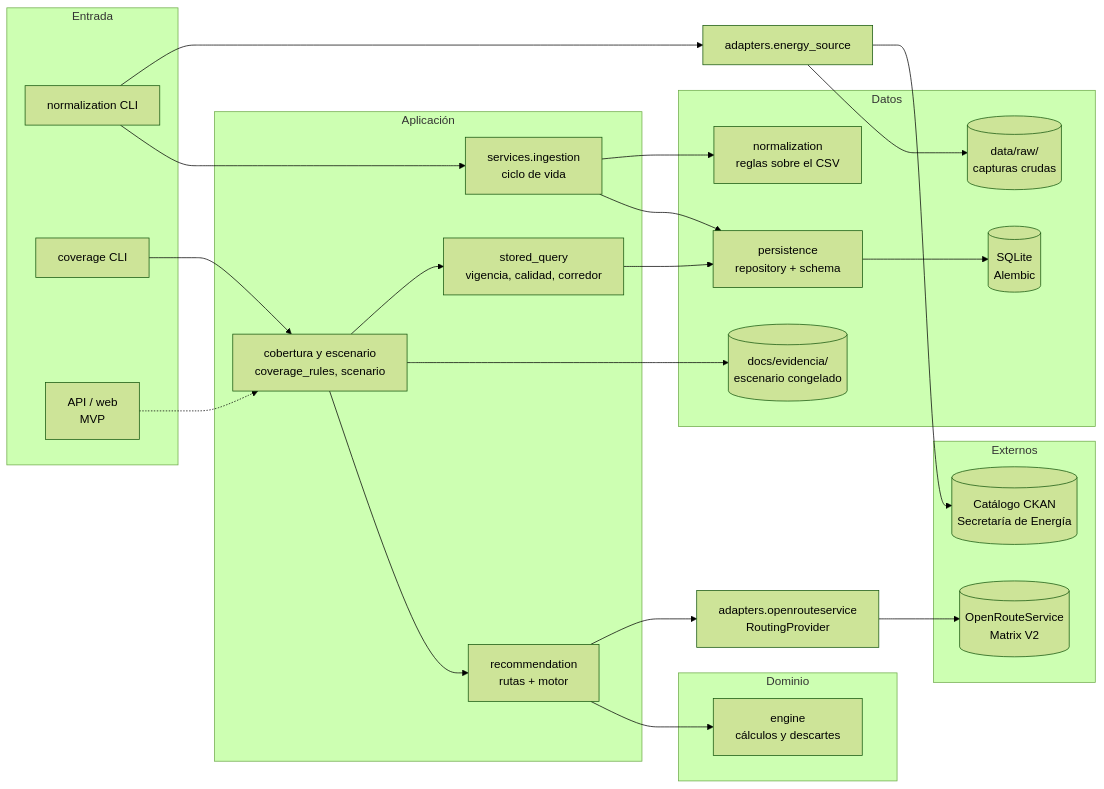
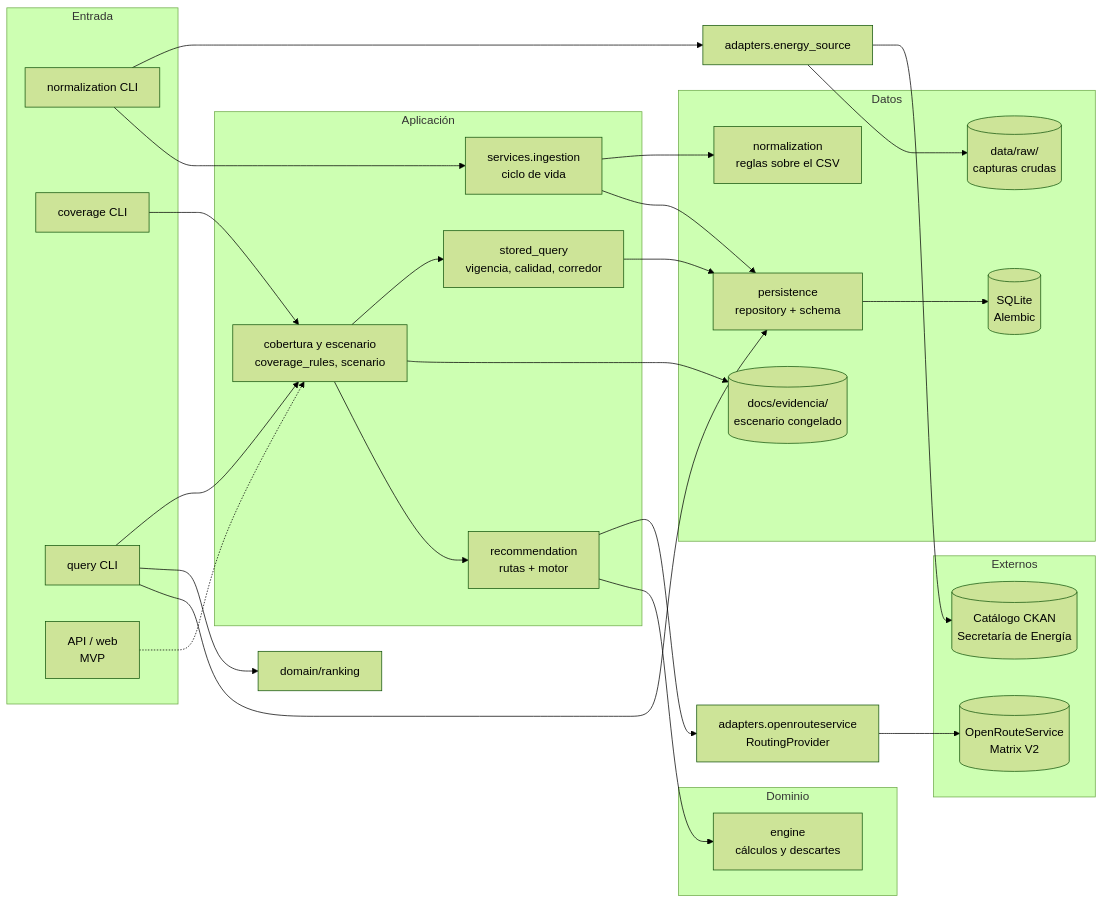
The first of 3 diagrams in docs/SRD.md (estanislaomolina/nafta2go), drawn with Mermaid (forest theme) before and after one commit. The commit also changed other lines of this file and 32 other files, not shown here.

````diff
--- a/docs/SRD.md
+++ b/docs/SRD.md
@@ -90,45 +90,49 @@
 ```mermaid
 flowchart LR
     subgraph Externos
         SE[(Catálogo CKAN<br/>Secretaría de Energía)]
         ORS[(OpenRouteService<br/>Matrix V2)]
     end
 
     subgraph Entrada
         CLI1[normalization CLI]
         CLI2[coverage CLI]
+        CLI3[query CLI]
         API[API / web<br/>MVP]
     end
 
     subgraph Aplicación
         ING[services.ingestion<br/>ciclo de vida]
         SQ[stored_query<br/>vigencia, calidad, corredor]
         COV[cobertura y escenario<br/>coverage_rules, scenario]
         REC[recommendation<br/>rutas + motor]
     end
 
     subgraph Dominio
         ENG[engine<br/>cálculos y descartes]
     end
 
     subgraph Datos
         NORM[normalization<br/>reglas sobre el CSV]
         REPO[persistence<br/>repository + schema]
         DB[(SQLite<br/>Alembic)]
         RAW[(data/raw/<br/>capturas crudas)]
         EVI[(docs/evidencia/<br/>escenario congelado)]
     end
 
     ES[adapters.energy_source] --> SE
     RP[adapters.openrouteservice<br/>RoutingProvider] --> ORS
 
     CLI1 --> ES --> RAW
     CLI1 --> ING --> NORM
     ING --> REPO --> DB
     CLI2 --> COV
+    CLI3 --> COV
+    CLI3 --> RANK[domain/ranking]
+    CLI3 --> REPO
     API -.-> COV
     COV --> SQ --> REPO
     COV --> EVI
     COV --> REC --> RP
     REC --> ENG
 ```
````
